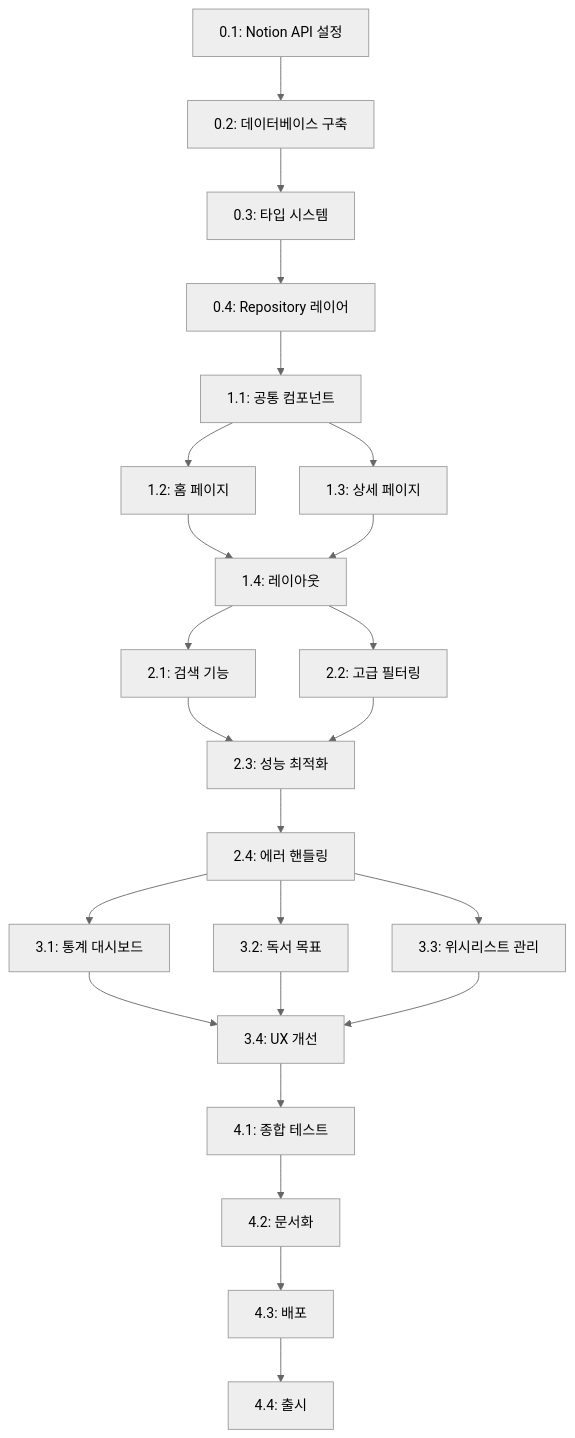
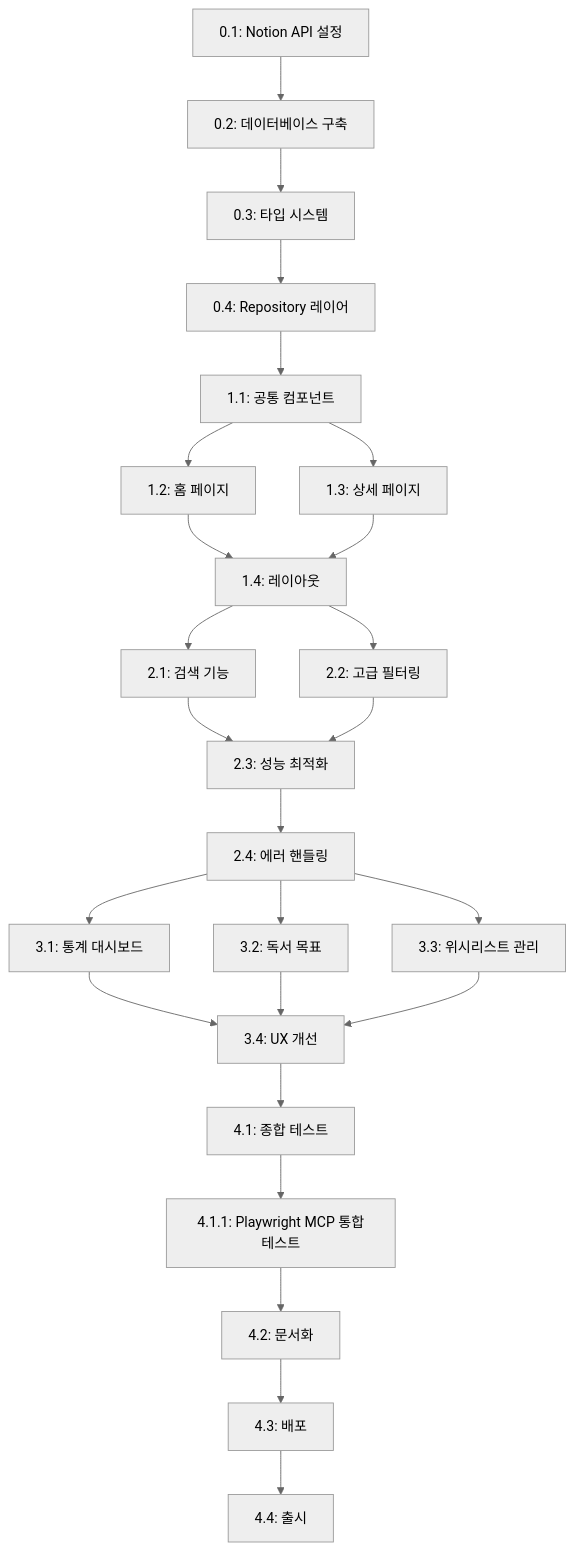
Before and after one commit to jihyunly07/invoice-web: the diagram in docs/ROADMAP.md, drawn with Mermaid (neutral theme). The commit also changed other lines of this file, not shown here.

````diff
--- a/docs/ROADMAP.md
+++ b/docs/ROADMAP.md
@@ -474,30 +542,31 @@
 ```mermaid
 graph TD
     M0.1[0.1: Notion API 설정] --> M0.2[0.2: 데이터베이스 구축]
     M0.2 --> M0.3[0.3: 타입 시스템]
     M0.3 --> M0.4[0.4: Repository 레이어]
 
     M0.4 --> M1.1[1.1: 공통 컴포넌트]
     M1.1 --> M1.2[1.2: 홈 페이지]
     M1.1 --> M1.3[1.3: 상세 페이지]
     M1.2 --> M1.4[1.4: 레이아웃]
     M1.3 --> M1.4
 
     M1.4 --> M2.1[2.1: 검색 기능]
     M1.4 --> M2.2[2.2: 고급 필터링]
     M2.1 --> M2.3[2.3: 성능 최적화]
     M2.2 --> M2.3
     M2.3 --> M2.4[2.4: 에러 핸들링]
 
     M2.4 --> M3.1[3.1: 통계 대시보드]
     M2.4 --> M3.2[3.2: 독서 목표]
     M2.4 --> M3.3[3.3: 위시리스트 관리]
     M3.1 --> M3.4[3.4: UX 개선]
     M3.2 --> M3.4
     M3.3 --> M3.4
 
     M3.4 --> M4.1[4.1: 종합 테스트]
-    M4.1 --> M4.2[4.2: 문서화]
+    M4.1 --> M4.1.1[4.1.1: Playwright MCP 통합테스트]
+    M4.1.1 --> M4.2[4.2: 문서화]
     M4.2 --> M4.3[4.3: 배포]
     M4.3 --> M4.4[4.4: 출시]
 ```
````
